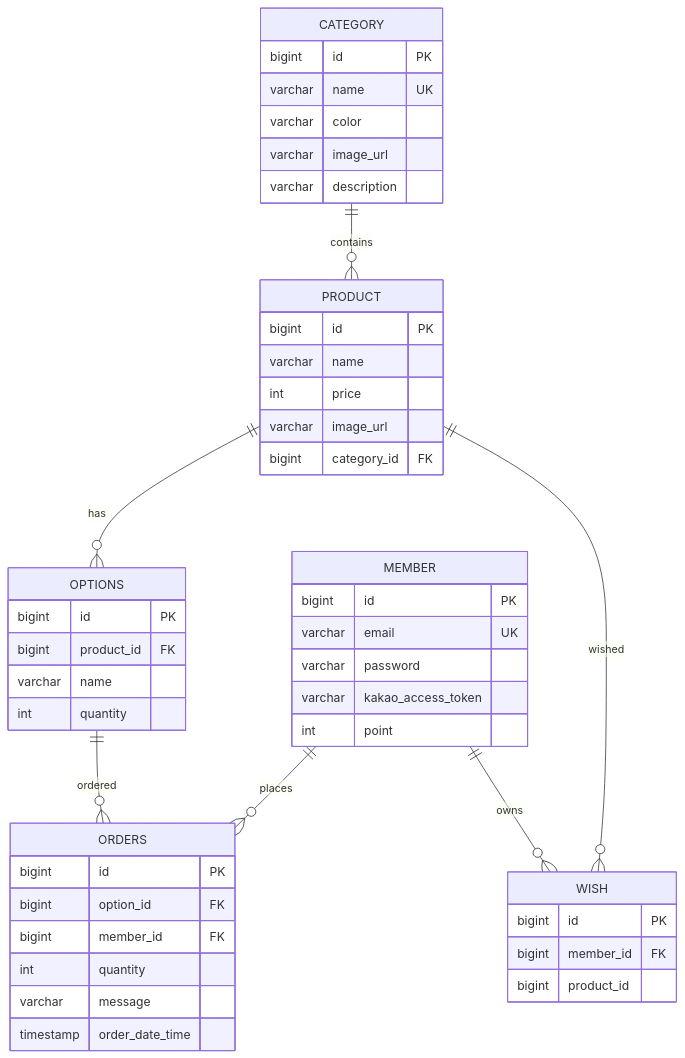
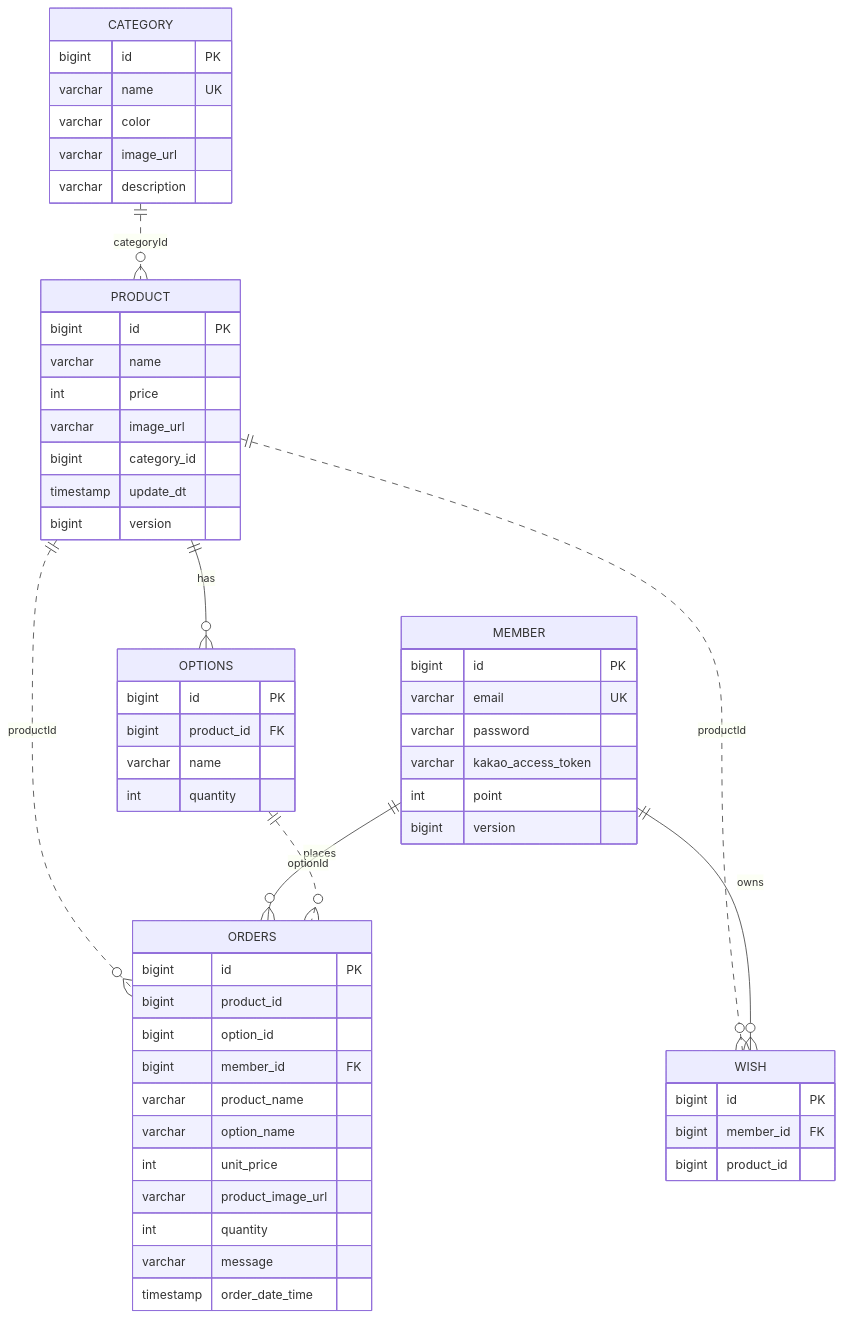
One commit to tongnamuu/spring-gift changed the second of 2 diagrams in docs/object-modeling-current-state.md. Above: the diagram before and after it, drawn with Mermaid. The commit also changed other lines of this file and 25 other files, not shown here.

````diff
--- a/docs/object-modeling-current-state.md
+++ b/docs/object-modeling-current-state.md
@@ -172,55 +188,64 @@
 ```mermaid
 erDiagram
-    CATEGORY ||--o{ PRODUCT : contains
+    CATEGORY ||..o{ PRODUCT : categoryId
     PRODUCT ||--o{ OPTIONS : has
-    PRODUCT ||--o{ WISH : wished
+    PRODUCT ||..o{ WISH : productId
+    PRODUCT ||..o{ ORDERS : productId
     MEMBER ||--o{ WISH : owns
     MEMBER ||--o{ ORDERS : places
-    OPTIONS ||--o{ ORDERS : ordered
+    OPTIONS ||..o{ ORDERS : optionId
 
     CATEGORY {
         bigint id PK
         varchar name UK
         varchar color
         varchar image_url
         varchar description
     }
 
     PRODUCT {
         bigint id PK
         varchar name
         int price
         varchar image_url
-        bigint category_id FK
+        bigint category_id
+        timestamp update_dt
+        bigint version
     }
 
     OPTIONS {
         bigint id PK
         bigint product_id FK
         varchar name
         int quantity
     }
 
     MEMBER {
         bigint id PK
         varchar email UK
         varchar password
         varchar kakao_access_token
         int point
+        bigint version
     }
 
     WISH {
         bigint id PK
         bigint member_id FK
         bigint product_id
     }
 
     ORDERS {
         bigint id PK
-        bigint option_id FK
+        bigint product_id
+        bigint option_id
         bigint member_id FK
+        varchar product_name
+        varchar option_name
+        int unit_price
+        varchar product_image_url
         int quantity
         varchar message
         timestamp order_date_time
     }
 ```
````
